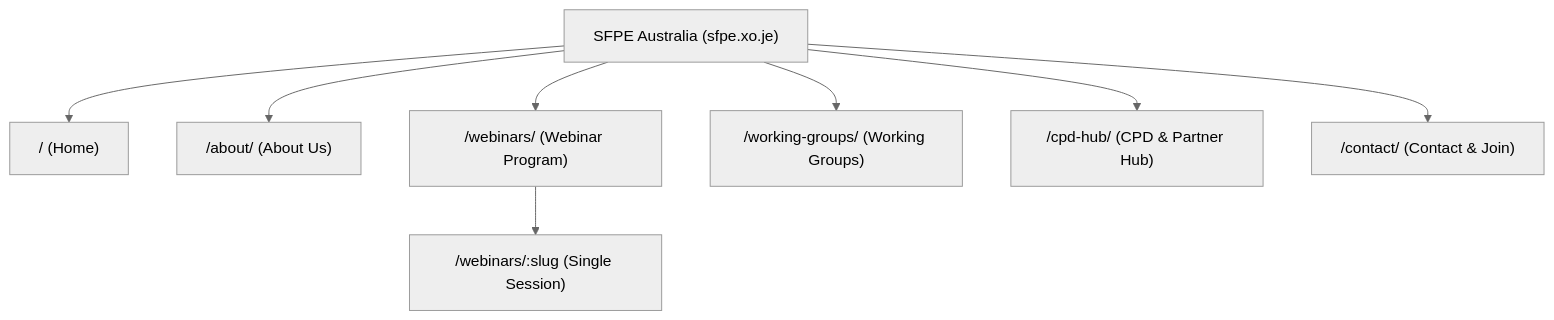
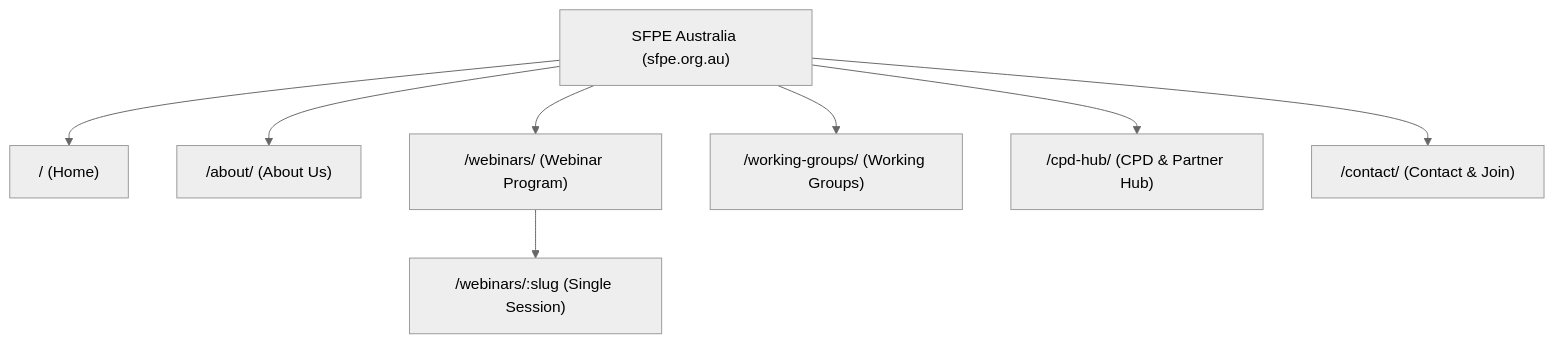
One commit to NinhGhoster/sfpe-au changed the diagram in docs/ARCHITECTURE.md. Above: the diagram before and after it, drawn with Mermaid (neutral theme). The commit also changed other lines of this file and 8 other files, not shown here.

Commit message:
feat(migration): migrate and deploy full platform to sfpe.org.au

````diff
--- a/docs/ARCHITECTURE.md
+++ b/docs/ARCHITECTURE.md
@@ -23,19 +23,19 @@
 ```mermaid
 flowchart TD
-    Site["SFPE Australia (sfpe.xo.je)"]
+    Site["SFPE Australia (sfpe.org.au)"]
     Home["/ (Home)"]
     About["/about/ (About Us)"]
     Webinars["/webinars/ (Webinar Program)"]
     SingleWebinar["/webinars/:slug (Single Session)"]
     WGs["/working-groups/ (Working Groups)"]
     CPD["/cpd-hub/ (CPD & Partner Hub)"]
     Contact["/contact/ (Contact & Join)"]
 
     Site --> Home
     Site --> About
     Site --> Webinars
     Webinars --> SingleWebinar
     Site --> WGs
     Site --> CPD
     Site --> Contact
 ```
````
